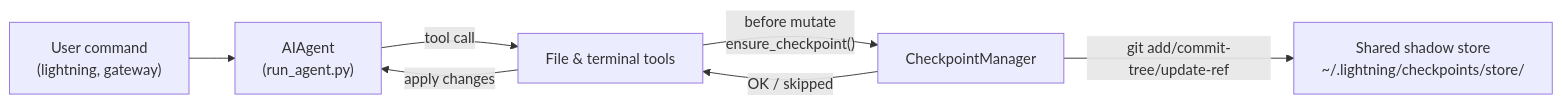
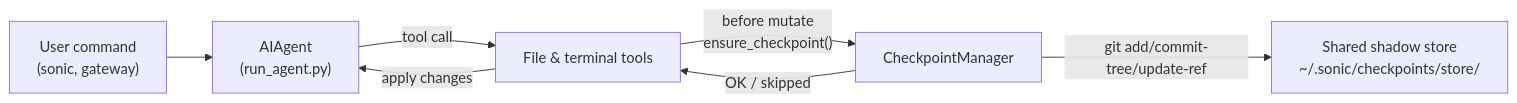
The diagram in website/docs/user-guide/checkpoints-and-rollback.md (dabit3/sonic-agent), drawn with Mermaid before and after one commit. The commit also changed other lines of this file and 2617 other files, not shown here.

````diff
--- a/website/docs/user-guide/checkpoints-and-rollback.md
+++ b/website/docs/user-guide/checkpoints-and-rollback.md
@@ -69,15 +69,15 @@
 ```mermaid
 flowchart LR
-  user["User command\n(lightning, gateway)"]
+  user["User command\n(sonic, gateway)"]
   agent["AIAgent\n(run_agent.py)"]
   tools["File & terminal tools"]
   cpMgr["CheckpointManager"]
-  store["Shared shadow store\n~/.lightning/checkpoints/store/"]
+  store["Shared shadow store\n~/.sonic/checkpoints/store/"]
 
   user --> agent
   agent -->|"tool call"| tools
   tools -->|"before mutate\nensure_checkpoint()"| cpMgr
   cpMgr -->|"git add/commit-tree/update-ref"| store
   cpMgr -->|"OK / skipped"| tools
   tools -->|"apply changes"| agent
 ```
````
